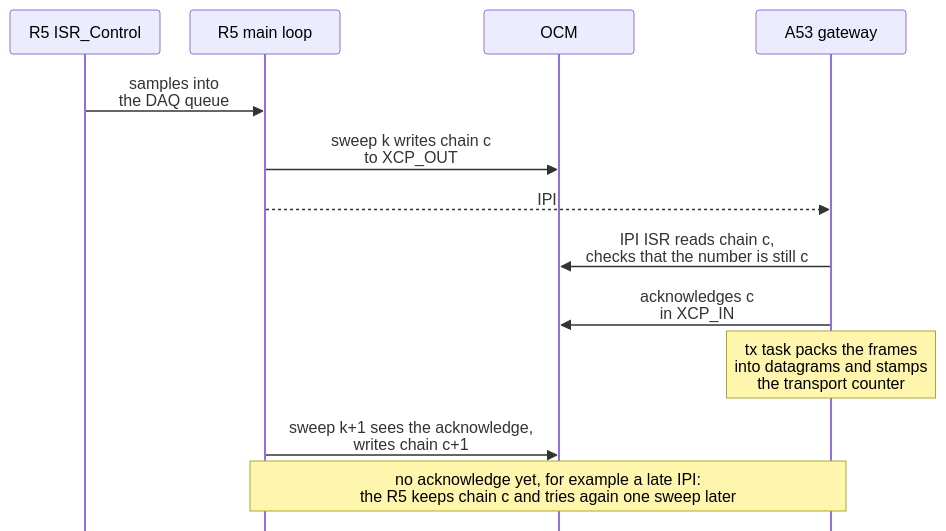
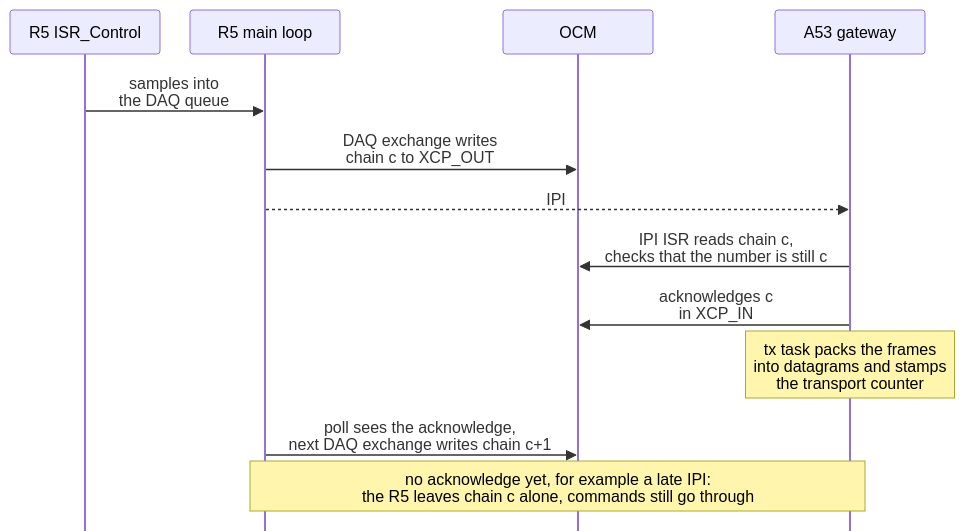
Before and after one commit to ultrazohm/ultrazohm_sw: the fifth of 5 diagrams in docs/source/guide/XCP/XCP_architecture.rst, drawn with Mermaid. The commit also changed other lines of this file and 2 other files, not shown here.

First line of the commit message:
docs: XCP exchange pacing, A53 profile, measured limits

```diff
--- a/docs/source/guide/XCP/XCP_architecture.rst
+++ b/docs/source/guide/XCP/XCP_architecture.rst
@@ -236,18 +243,18 @@
 .. mermaid::
     :align: center
     :caption: Path of measurement data with the consumption handshake
 
     %%{init: {"sequence": {"mirrorActors": false, "messageMargin": 28, "actorMargin": 30, "noteMargin": 8, "boxMargin": 6, "height": 44}}}%%
     sequenceDiagram
       participant I as R5 ISR_Control
       participant R as R5 main loop
       participant O as OCM
       participant A as A53 gateway
       I->>R: samples into<br>the DAQ queue
-      R->>O: sweep k writes chain c<br>to XCP_OUT
+      R->>O: DAQ exchange writes<br>chain c to XCP_OUT
       R-->>A: IPI
       A->>O: IPI ISR reads chain c,<br>checks that the number is still c
       A->>O: acknowledges c<br>in XCP_IN
       Note over A: tx task packs the frames<br>into datagrams and stamps<br>the transport counter
-      R->>O: sweep k+1 sees the acknowledge,<br>writes chain c+1
-      Note over R,A: no acknowledge yet, for example a late IPI:<br>the R5 keeps chain c and tries again one sweep later
+      R->>O: poll sees the acknowledge,<br>next DAQ exchange writes chain c+1
+      Note over R,A: no acknowledge yet, for example a late IPI:<br>the R5 leaves chain c alone, commands still go through
```
